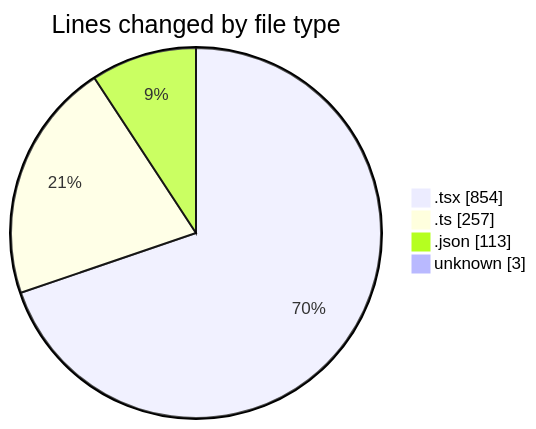
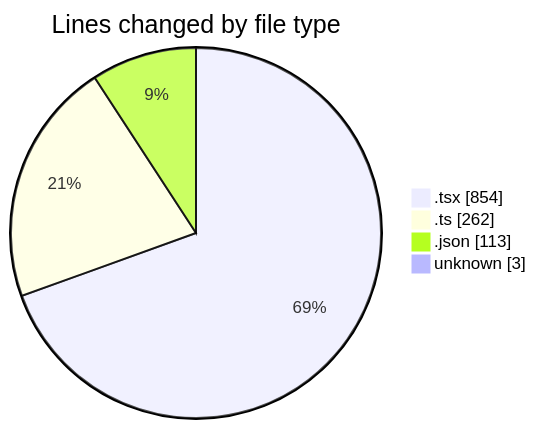
The first of 2 diagrams in 2025-02-23/pdf-analysis-app/README.md (momahboobian/code-tracking), drawn with Mermaid before and after one commit. The commit also changed other lines of this file and 1 other file, not shown here.

````diff
--- a/2025-02-23/pdf-analysis-app/README.md
+++ b/2025-02-23/pdf-analysis-app/README.md
@@ -32,8 +32,8 @@
 ```mermaid
 pie showData
 title Lines changed by file type
 ".tsx" : 854
-".ts" : 257
+".ts" : 262
 ".json" : 113
 "unknown" : 3
 ```
````
